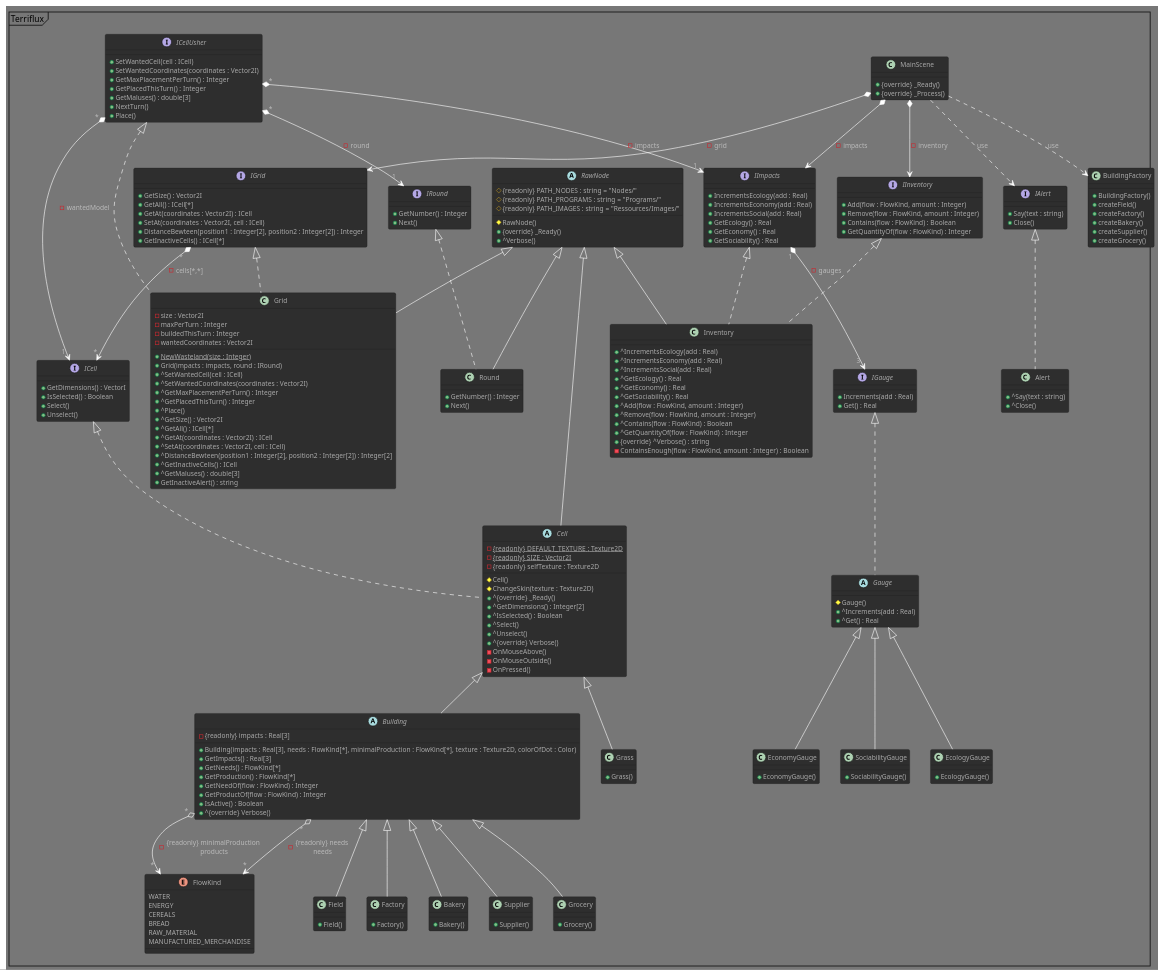
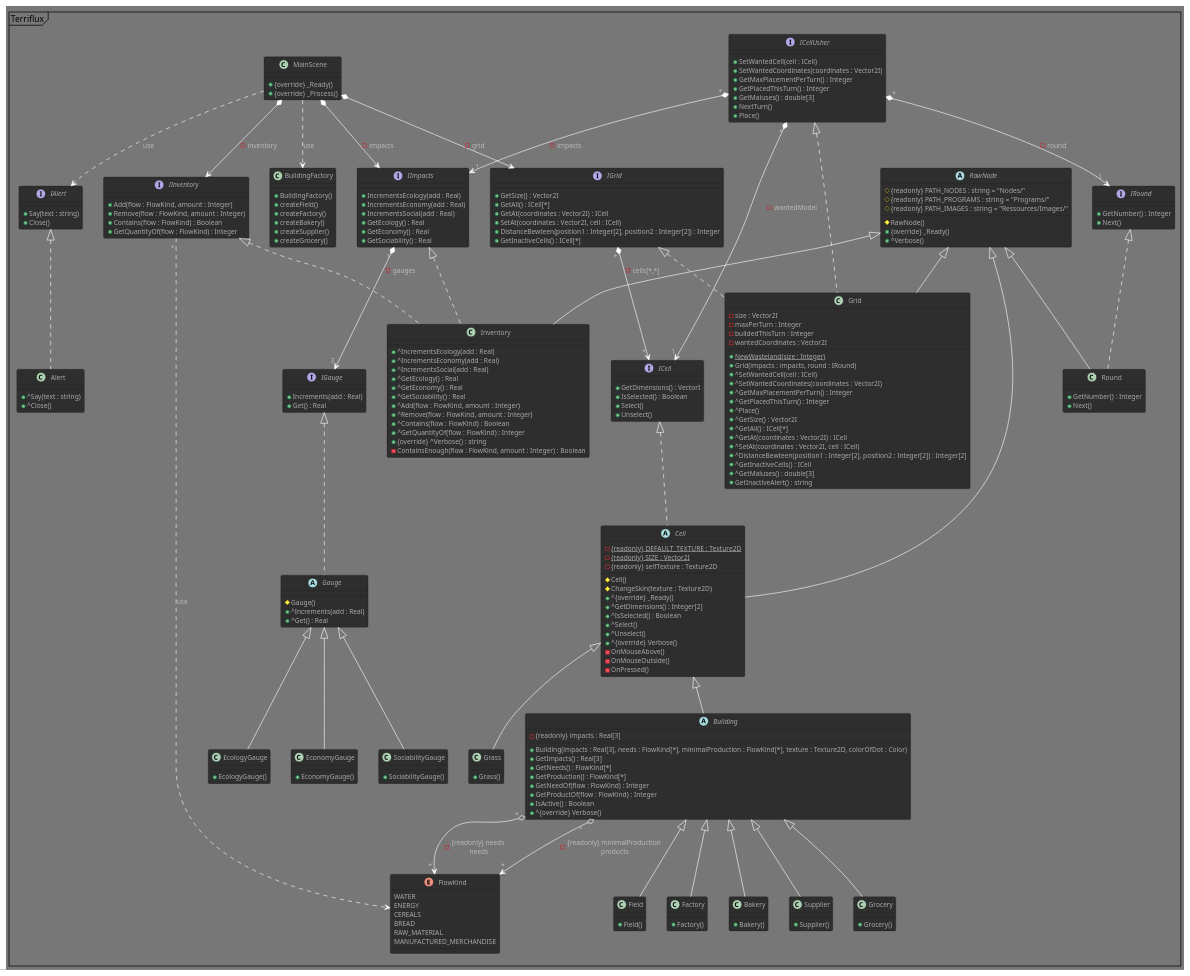
Before and after one commit to Spidermatou/Terriflux: the diagram in Terriflux.puml, drawn with PlantUML.

Commit message:
Update relation on uml

```diff
--- a/Terriflux.puml
+++ b/Terriflux.puml
@@ -212,6 +212,7 @@
     + Contains(flow : FlowKind) : Boolean
     + GetQuantityOf(flow : FlowKind) : Integer
 }
+IInventory" * " ..> FlowKind : use
 class Inventory extends RawNode implements IImpacts, IInventory /' ancien node Impact avec acces inventaire ET jauges, mais renommé '/
 {   
     + ^IncrementsEcology(add : Real)
```
